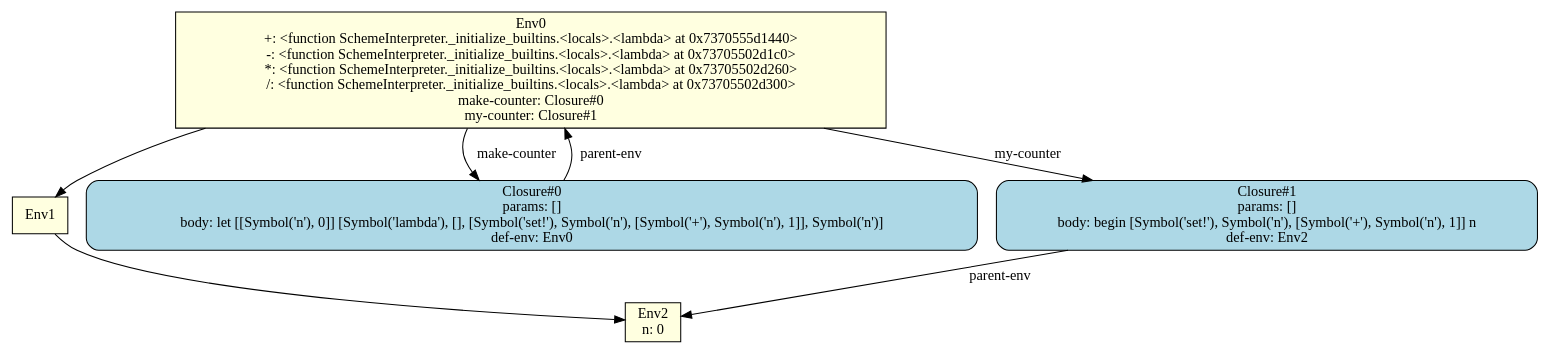
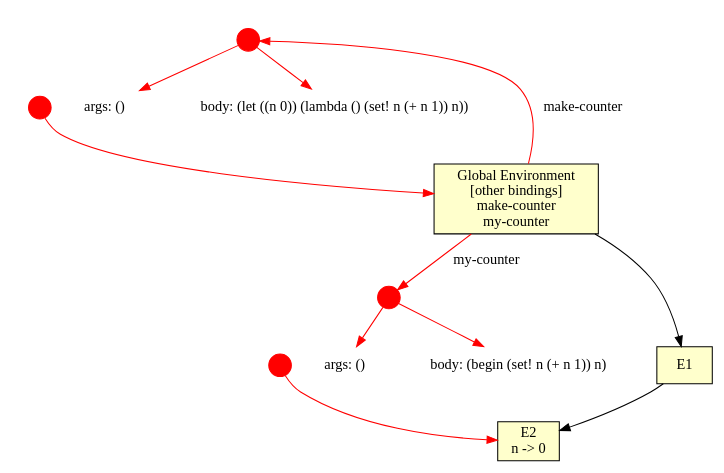
One commit to Its-Grimm/Scheme-Environment-Diagram-Generator changed the diagram in env_diagram.dot. Above: the diagram before and after it, drawn with Graphviz. The commit also changed 4 other files, not shown here.

Commit message:
Diagram still coming out slightly wrong. Working on making it better

```diff
--- a/env_diagram.dot
+++ b/env_diagram.dot
@@ -1,13 +1,31 @@
 digraph {
-	env_0 [label="Env0\n+: <function SchemeInterpreter._initialize_builtins.<locals>.<lambda> at 0x7370555d1440>\n-: <function SchemeInterpreter._initialize_builtins.<locals>.<lambda> at 0x73705502d1c0>\n*: <function SchemeInterpreter._initialize_builtins.<locals>.<lambda> at 0x73705502d260>\n/: <function SchemeInterpreter._initialize_builtins.<locals>.<lambda> at 0x73705502d300>\nmake-counter: Closure#0\nmy-counter: Closure#1\n" fillcolor=lightyellow shape=box style=filled]
-	env_1 [label="Env1\n" fillcolor=lightyellow shape=box style=filled]
-	env_0 -> env_1
-	env_2 [label="Env2\nn: 0\n" fillcolor=lightyellow shape=box style=filled]
-	env_1 -> env_2
-	closure_0 [label="Closure#0\nparams: []\nbody: let [[Symbol('n'), 0]] [Symbol('lambda'), [], [Symbol('set!'), Symbol('n'), [Symbol('+'), Symbol('n'), 1]], Symbol('n')]\ndef-env: Env0" fillcolor=lightblue shape=box style="rounded, filled"]
-	closure_0 -> env_0 [label="parent-env"]
-	closure_1 [label="Closure#1\nparams: []\nbody: begin [Symbol('set!'), Symbol('n'), [Symbol('+'), Symbol('n'), 1]] n\ndef-env: Env2" fillcolor=lightblue shape=box style="rounded, filled"]
-	closure_1 -> env_2 [label="parent-env"]
-	env_0 -> closure_0 [label="make-counter"]
-	env_0 -> closure_1 [label="my-counter"]
+	env_0 [label="Global Environment\n[other bindings]\nmake-counter\nmy-counter\n" fillcolor="#FFFFCC" shape=box style=filled]
+	env_1 [label="E1\n" fillcolor="#FFFFCC" shape=box style=filled]
+	env_0 -> env_1 [color=black]
+	env_2 [label="E2\nn -> 0\n" fillcolor="#FFFFCC" shape=box style=filled]
+	env_1 -> env_2 [color=black]
+	subgraph cluster_closure_0 {
+		color=none rankdir=LR
+		closure_0_left [label="" color=red fillcolor=red fixedsize=true height=0.3 shape=circle style=filled width=0.3]
+		closure_0_right [label="" color=red fillcolor=red fixedsize=true height=0.3 shape=circle style=filled width=0.3]
+		closure_0_left -> closure_0_right [style=invis]
+		closure_0_args [label="args: ()" shape=none]
+		closure_0_body [label="body: (let ((n 0)) (lambda () (set! n (+ n 1)) n))" shape=none]
+		closure_0_left -> closure_0_args [arrowhead=normal color=red]
+		closure_0_left -> closure_0_body [arrowhead=normal color=red]
+	}
+	closure_0_right -> env_0 [color=red]
+	subgraph cluster_closure_1 {
+		color=none rankdir=LR
+		closure_1_left [label="" color=red fillcolor=red fixedsize=true height=0.3 shape=circle style=filled width=0.3]
+		closure_1_right [label="" color=red fillcolor=red fixedsize=true height=0.3 shape=circle style=filled width=0.3]
+		closure_1_left -> closure_1_right [style=invis]
+		closure_1_args [label="args: ()" shape=none]
+		closure_1_body [label="body: (begin (set! n (+ n 1)) n)" shape=none]
+		closure_1_left -> closure_1_args [arrowhead=normal color=red]
+		closure_1_left -> closure_1_body [arrowhead=normal color=red]
+	}
+	closure_1_right -> env_2 [color=red]
+	env_0 -> closure_0_left [label="make-counter" color=red]
+	env_0 -> closure_1_left [label="my-counter" color=red]
 }
```
